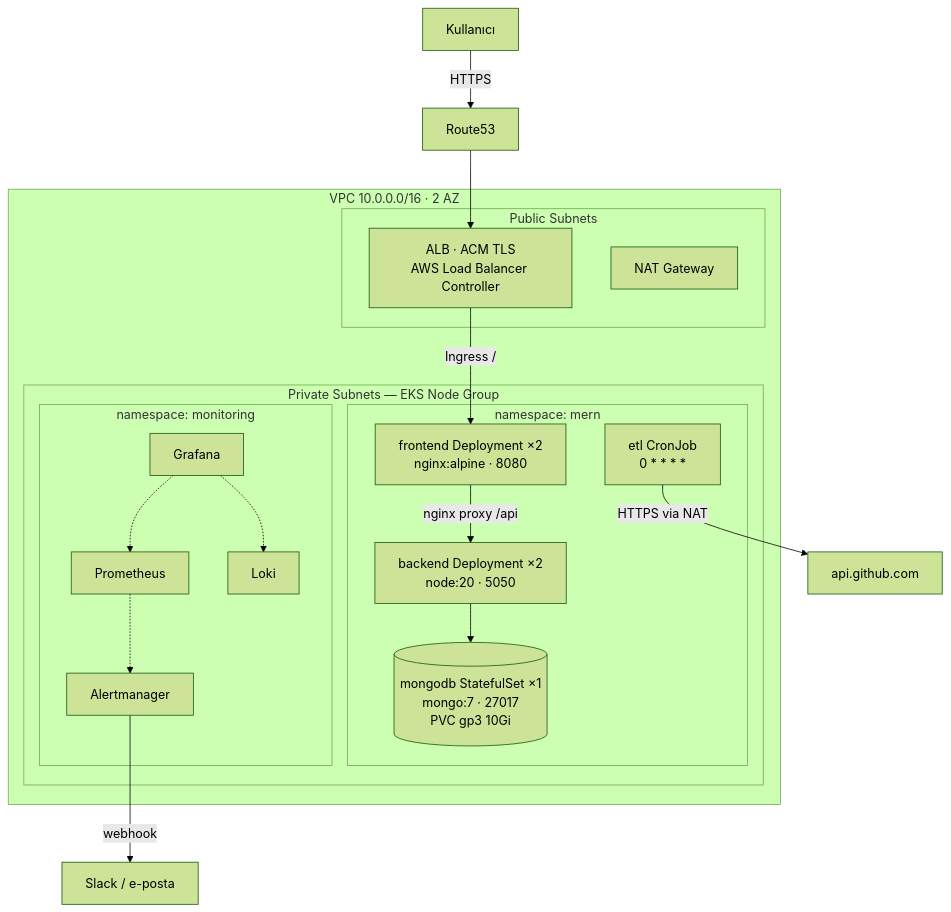
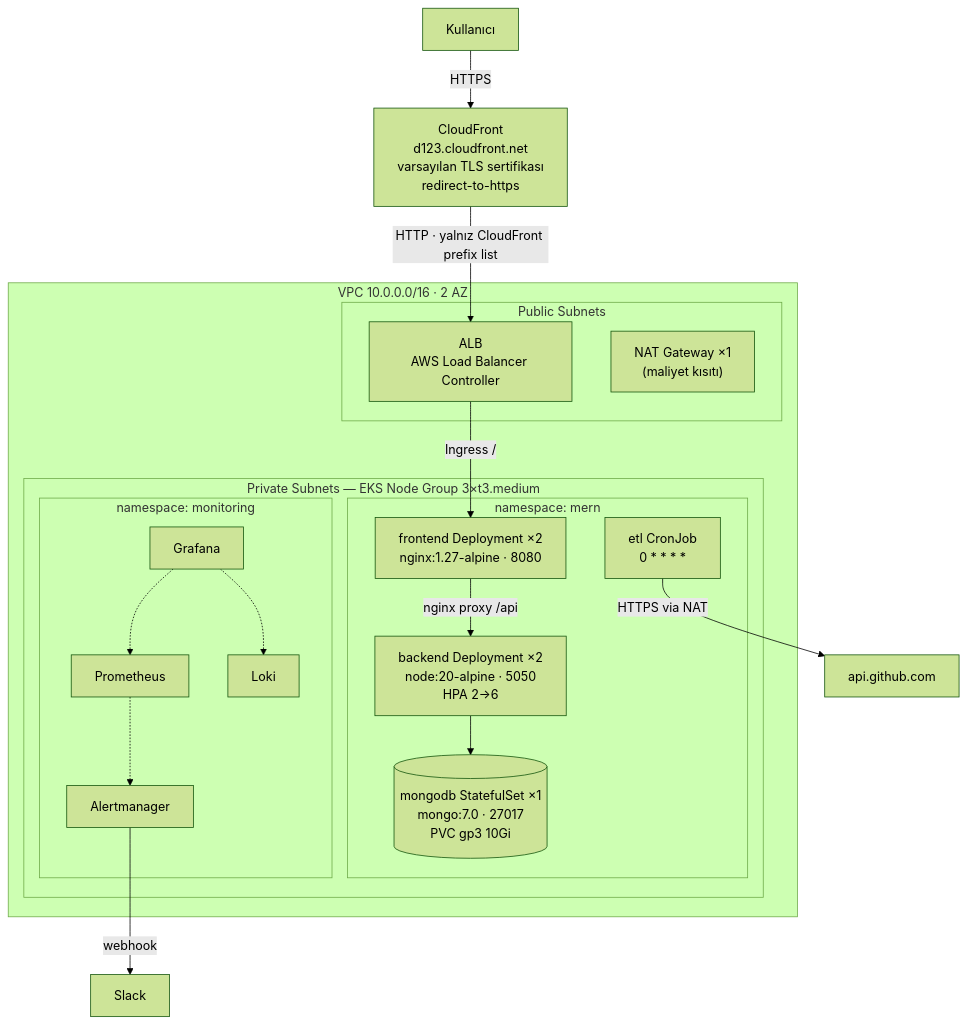
One commit to tarikemre10/devops-case changed the first of 2 diagrams in MIMARI.md. Above: the diagram before and after it, drawn with Mermaid (forest theme). The commit also changed other lines of this file and 23 other files, not shown here.

````diff
--- a/MIMARI.md
+++ b/MIMARI.md
@@ -25,34 +29,34 @@
 ```mermaid
 graph TB
-    U[Kullanıcı] -->|HTTPS| R53[Route53]
-    R53 --> ALB[ALB · ACM TLS<br/>AWS Load Balancer Controller]
+    U[Kullanıcı] -->|HTTPS| CF["CloudFront<br/>d123.cloudfront.net<br/>varsayılan TLS sertifikası<br/>redirect-to-https"]
+    CF -->|HTTP · yalnız CloudFront prefix list| ALB["ALB<br/>AWS Load Balancer Controller"]
 
     subgraph VPC["VPC 10.0.0.0/16 · 2 AZ"]
         subgraph PUB["Public Subnets"]
             ALB
-            NAT[NAT Gateway]
+            NAT["NAT Gateway ×1<br/>(maliyet kısıtı)"]
         end
-        subgraph PRIV["Private Subnets — EKS Node Group"]
+        subgraph PRIV["Private Subnets — EKS Node Group 3×t3.medium"]
             subgraph NS["namespace: mern"]
-                FE["frontend Deployment ×2<br/>nginx:alpine · 8080"]
-                BE["backend Deployment ×2<br/>node:20 · 5050"]
-                DB[("mongodb StatefulSet ×1<br/>mongo:7 · 27017<br/>PVC gp3 10Gi")]
+                FE["frontend Deployment ×2<br/>nginx:1.27-alpine · 8080"]
+                BE["backend Deployment ×2<br/>node:20-alpine · 5050<br/>HPA 2→6"]
+                DB[("mongodb StatefulSet ×1<br/>mongo:7.0 · 27017<br/>PVC gp3 10Gi")]
                 CJ["etl CronJob<br/>0 * * * *"]
             end
             subgraph MON["namespace: monitoring"]
                 PROM[Prometheus]
                 LOKI[Loki]
                 GRAF[Grafana]
                 AM[Alertmanager]
             end
         end
     end
 
     ALB -->|Ingress /| FE
     FE -->|nginx proxy /api| BE
     BE --> DB
     CJ -->|HTTPS via NAT| GH[api.github.com]
-    PROM -.-> AM -->|webhook| SLACK[Slack / e-posta]
+    PROM -.-> AM -->|webhook| SLACK[Slack]
     GRAF -.-> PROM
     GRAF -.-> LOKI
 ```
````
